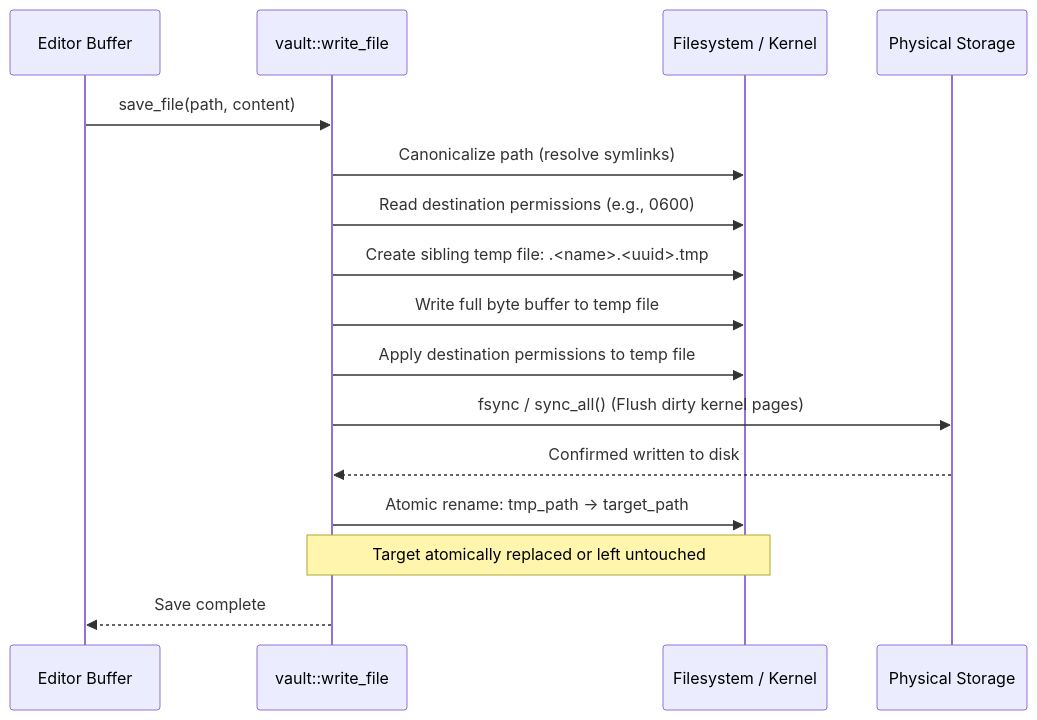
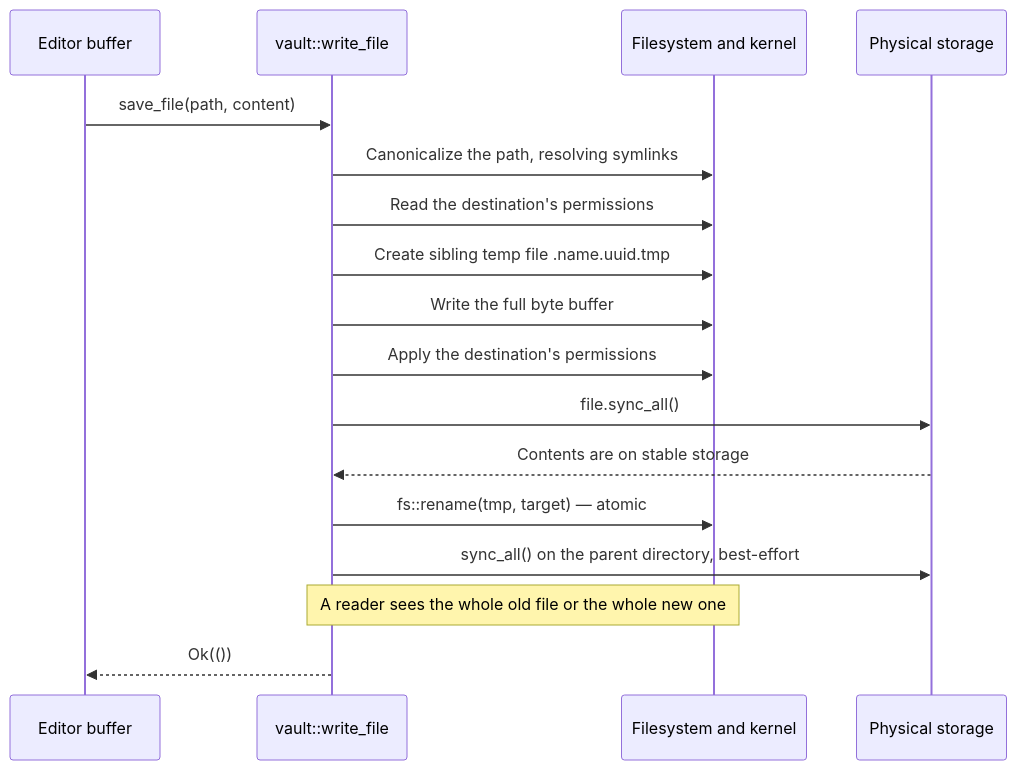
The third of 3 diagrams in wiki/Core-Services.md (Suranjan77/md-editor), drawn with Mermaid before and after one commit. The commit also changed other lines of this file and 24 other files, not shown here.

````diff
--- a/wiki/Core-Services.md
+++ b/wiki/Core-Services.md
@@ -157,19 +215,20 @@
 ```mermaid
 sequenceDiagram
-    participant UI as Editor Buffer
+    participant UI as Editor buffer
     participant Vault as vault::write_file
-    participant OS as Filesystem / Kernel
-    participant Disk as Physical Storage
+    participant OS as Filesystem and kernel
+    participant Disk as Physical storage
 
     UI->>Vault: save_file(path, content)
-    Vault->>OS: Canonicalize path (resolve symlinks)
-    Vault->>OS: Read destination permissions (e.g., 0600)
-    Vault->>OS: Create sibling temp file: .<name>.<uuid>.tmp
-    Vault->>OS: Write full byte buffer to temp file
-    Vault->>OS: Apply destination permissions to temp file
-    Vault->>Disk: fsync / sync_all() (Flush dirty kernel pages)
-    Disk-->>Vault: Confirmed written to disk
-    Vault->>OS: Atomic rename: tmp_path -> target_path
-    Note over Vault,OS: Target atomically replaced or left untouched
-    Vault-->>UI: Save complete
+    Vault->>OS: Canonicalize the path, resolving symlinks
+    Vault->>OS: Read the destination's permissions
+    Vault->>OS: Create sibling temp file .name.uuid.tmp
+    Vault->>OS: Write the full byte buffer
+    Vault->>OS: Apply the destination's permissions
+    Vault->>Disk: file.sync_all()
+    Disk-->>Vault: Contents are on stable storage
+    Vault->>OS: fs::rename(tmp, target) — atomic
+    Vault->>Disk: sync_all() on the parent directory, best-effort
+    Note over Vault,OS: A reader sees the whole old file or the whole new one
+    Vault-->>UI: Ok(())
 ```
````
